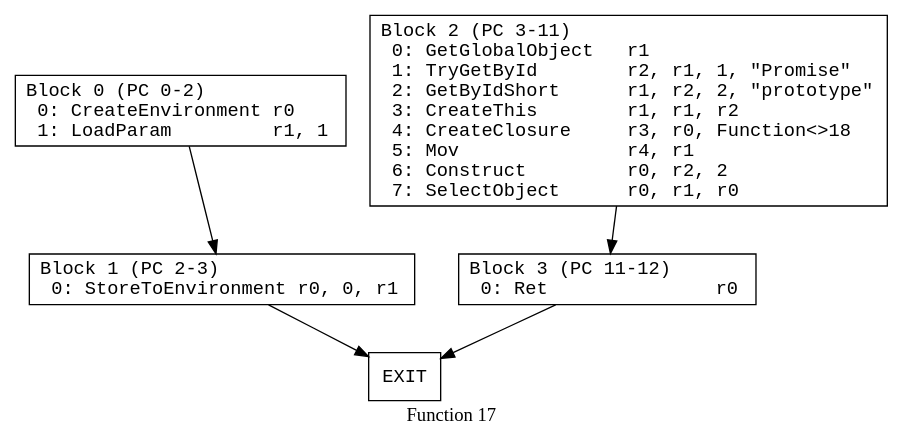
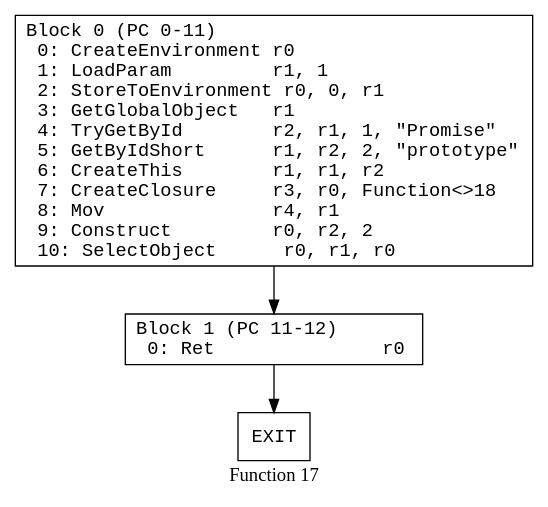
The diagram in data/individual_pdfs/flow_control_function_17.dot (kroo/hermes-dec-rs), drawn with Graphviz before and after one commit. The commit also changed 78 other files, not shown here.

First line of the commit message:
Fix StoreToEnvironment instruction categorization bug

```diff
--- a/data/individual_pdfs/flow_control_function_17.dot
+++ b/data/individual_pdfs/flow_control_function_17.dot
@@ -1,22 +1,18 @@
 // Function 17 from flow_control
 // Generated from data/flow_control.dot
 
 digraph {
   rankdir=TB;
   node [shape=box, fontname="monospace"];
 
   label = "Function 17";
   style = filled;
   color = lightgrey;
 
-  f17_n0 [ label = "Block 0 (PC 0-2)\l  0: CreateEnvironment r0\l  1: LoadParam         r1, 1\l" ]
-  f17_n1 [ label = "Block 1 (PC 2-3)\l  0: StoreToEnvironment r0, 0, r1\l" ]
-  f17_n2 [ label = "Block 2 (PC 3-11)\l  0: GetGlobalObject   r1\l  1: TryGetById        r2, r1, 1, \"Promise\"\l  2: GetByIdShort      r1, r2, 2, \"prototype\"\l  3: CreateThis        r1, r1, r2\l  4: CreateClosure     r3, r0, Function<>18\l  5: Mov               r4, r1\l  6: Construct         r0, r2, 2\l  7: SelectObject      r0, r1, r0\l" ]
-  f17_n3 [ label = "Block 3 (PC 11-12)\l  0: Ret               r0\l" ]
-  f17_n4 [ label = "EXIT" ]
+  f17_n0 [ label = "Block 0 (PC 0-11)\l  0: CreateEnvironment r0\l  1: LoadParam         r1, 1\l  2: StoreToEnvironment r0, 0, r1\l  3: GetGlobalObject   r1\l  4: TryGetById        r2, r1, 1, \"Promise\"\l  5: GetByIdShort      r1, r2, 2, \"prototype\"\l  6: CreateThis        r1, r1, r2\l  7: CreateClosure     r3, r0, Function<>18\l  8: Mov               r4, r1\l  9: Construct         r0, r2, 2\l  10: SelectObject      r0, r1, r0\l" ]
+  f17_n1 [ label = "Block 1 (PC 11-12)\l  0: Ret               r0\l" ]
+  f17_n2 [ label = "EXIT" ]
 
   f17_n0 -> f17_n1
-  f17_n1 -> f17_n4
-  f17_n2 -> f17_n3
-  f17_n3 -> f17_n4
+  f17_n1 -> f17_n2
 }
```
